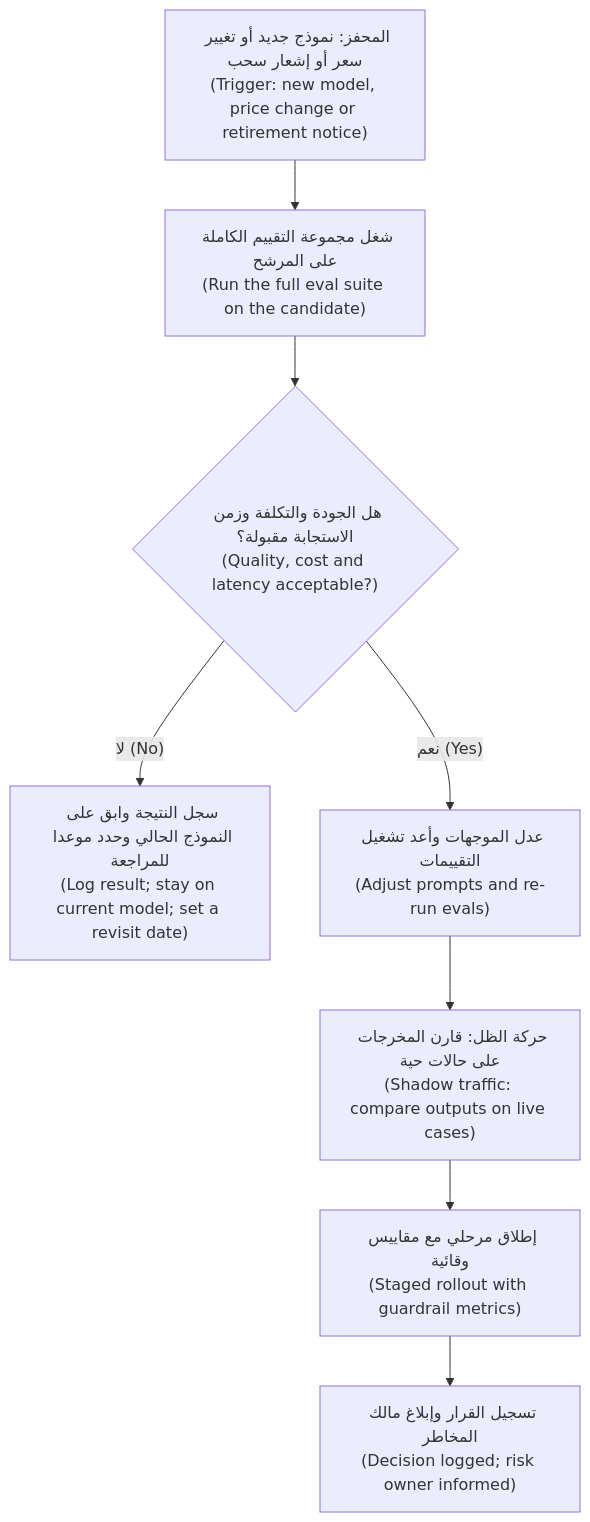
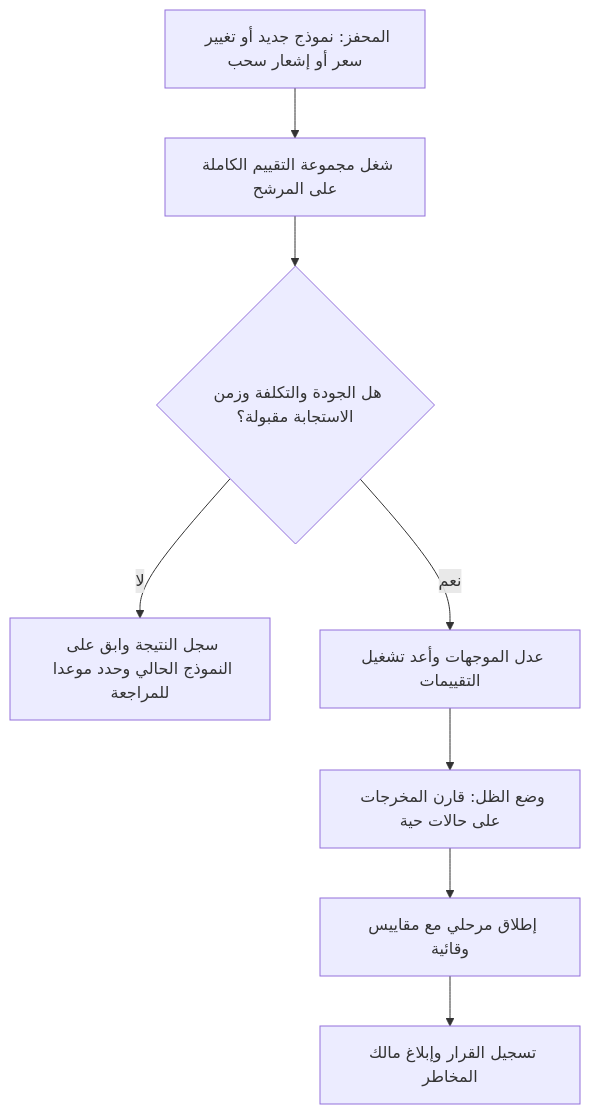
The second of 4 diagrams in aipm/modules/09-strategy.ar.md (Tamoura/system-design-for-vibe-coders), drawn with Mermaid before and after one commit. The commit also changed other lines of this file and 551 other files, not shown here.

````diff
--- a/aipm/modules/09-strategy.ar.md
+++ b/aipm/modules/09-strategy.ar.md
@@ -323,10 +331,10 @@
 ```mermaid
 flowchart TD
-    A["المحفز: نموذج جديد أو تغيير سعر أو إشعار سحب<br/>(Trigger: new model, price change or retirement notice)"] --> B["شغل مجموعة التقييم الكاملة على المرشح<br/>(Run the full eval suite on the candidate)"]
-    B --> C{"هل الجودة والتكلفة وزمن الاستجابة مقبولة؟<br/>(Quality, cost and latency acceptable?)"}
-    C -- "لا (No)" --> D["سجل النتيجة وابق على النموذج الحالي وحدد موعدا للمراجعة<br/>(Log result#59; stay on current model#59; set a revisit date)"]
-    C -- "نعم (Yes)" --> E["عدل الموجهات وأعد تشغيل التقييمات<br/>(Adjust prompts and re-run evals)"]
-    E --> F["حركة الظل: قارن المخرجات على حالات حية<br/>(Shadow traffic: compare outputs on live cases)"]
-    F --> G["إطلاق مرحلي مع مقاييس وقائية<br/>(Staged rollout with guardrail metrics)"]
-    G --> H["تسجيل القرار وإبلاغ مالك المخاطر<br/>(Decision logged#59; risk owner informed)"]
+    A["المحفز: نموذج جديد أو تغيير سعر أو إشعار سحب"] --> B["شغل مجموعة التقييم الكاملة على المرشح"]
+    B --> C{"هل الجودة والتكلفة وزمن الاستجابة مقبولة؟"}
+    C -- "لا" --> D["سجل النتيجة وابق على النموذج الحالي وحدد موعدا للمراجعة"]
+    C -- "نعم" --> E["عدل الموجهات وأعد تشغيل التقييمات"]
+    E --> F["وضع الظل: قارن المخرجات على حالات حية"]
+    F --> G["إطلاق مرحلي مع مقاييس وقائية"]
+    G --> H["تسجيل القرار وإبلاغ مالك المخاطر"]
 ```
````
